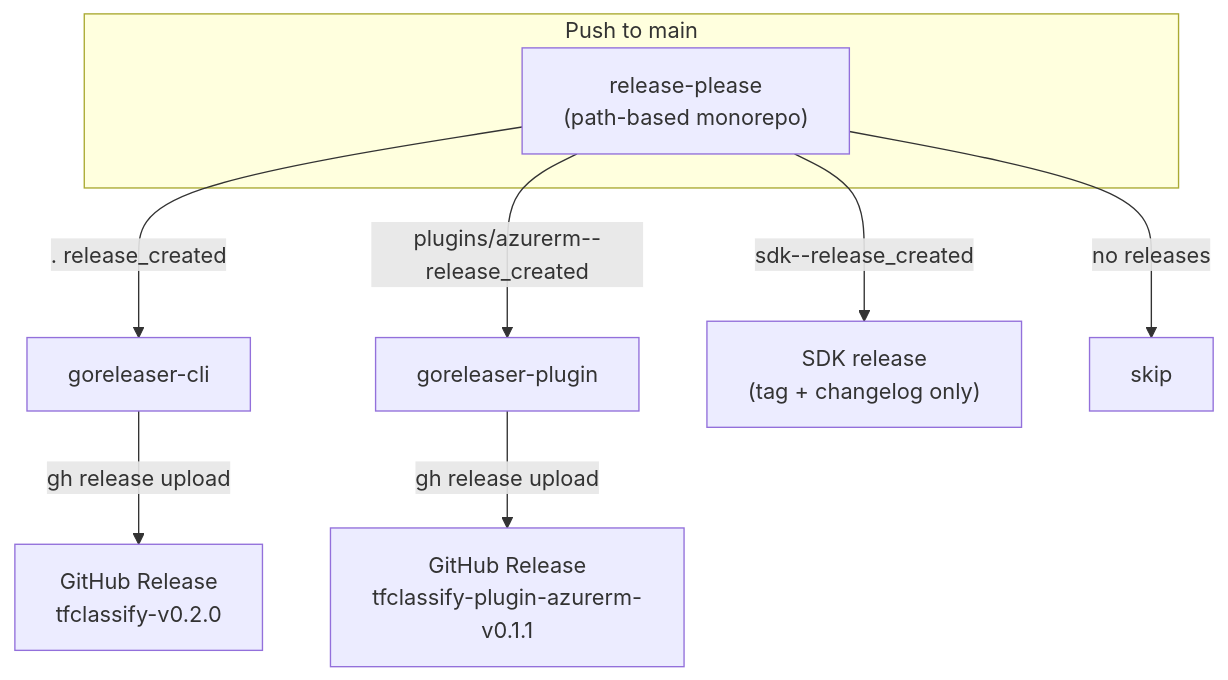
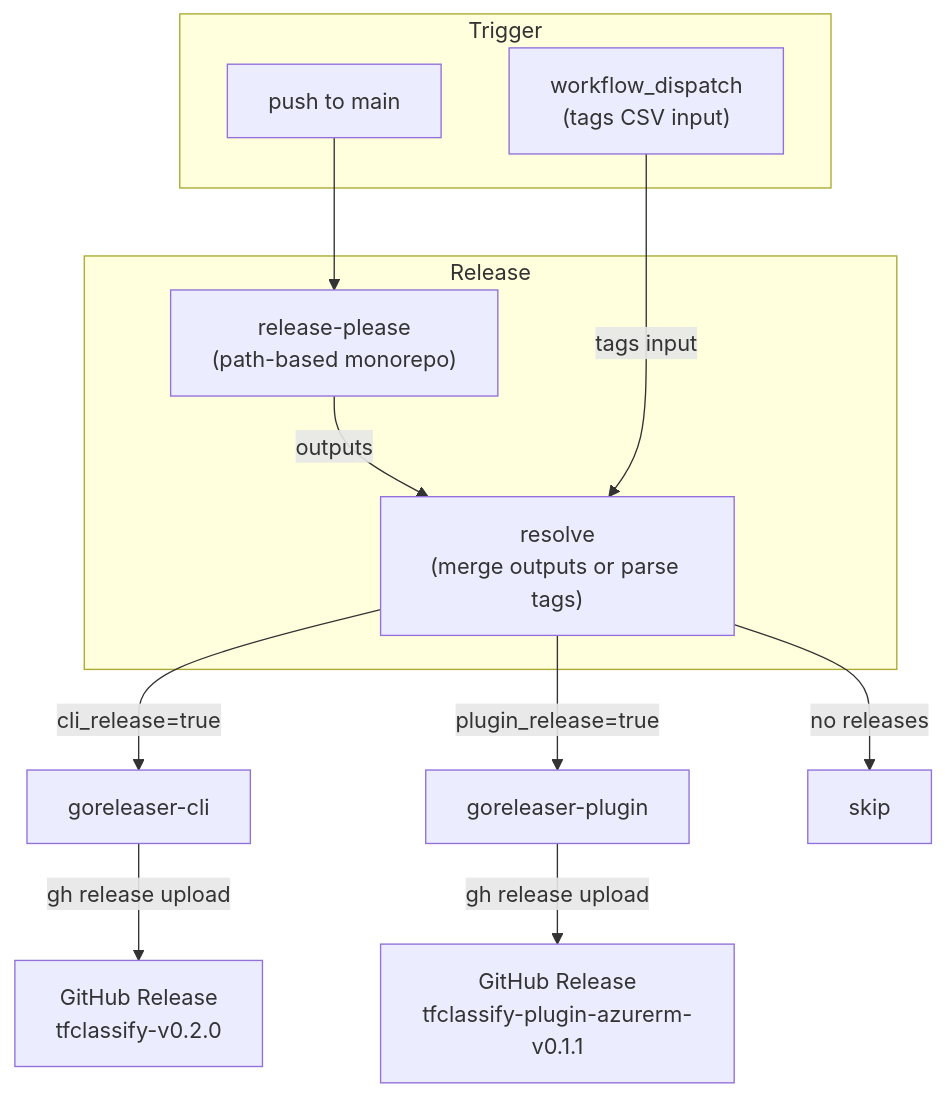
One commit to jokarl/tfclassify changed the third of 5 diagrams in docs/cr/CR-0020-github-actions-ci-cd-workflows.md. Above: the diagram before and after it, drawn with Mermaid. The commit also changed other lines of this file and 1 other file, not shown here.

First line of the commit message:
checkpoint(CR-0020): Add workflow_dispatch recovery to release workflow

````diff
--- a/docs/cr/CR-0020-github-actions-ci-cd-workflows.md
+++ b/docs/cr/CR-0020-github-actions-ci-cd-workflows.md
@@ -96,14 +96,23 @@
 ```mermaid
 flowchart TD
-    subgraph Release["Push to main"]
-        RP["release-please<br/>(path-based monorepo)"]
+    subgraph Trigger["Trigger"]
+        PUSH["push to main"]
+        DISPATCH["workflow_dispatch<br/>(tags CSV input)"]
     end
 
-    RP -->|".  release_created"| GR_CLI["goreleaser-cli"]
-    RP -->|"plugins/azurerm--release_created"| GR_PLUGIN["goreleaser-plugin"]
-    RP -->|"sdk--release_created"| SDK_DONE["SDK release<br/>(tag + changelog only)"]
-    RP -->|"no releases"| SKIP["skip"]
+    subgraph Release["Release"]
+        RP["release-please<br/>(path-based monorepo)"]
+        RESOLVE["resolve<br/>(merge outputs or parse tags)"]
+    end
+
+    PUSH --> RP
+    RP -->|"outputs"| RESOLVE
+    DISPATCH -->|"tags input"| RESOLVE
+
+    RESOLVE -->|"cli_release=true"| GR_CLI["goreleaser-cli"]
+    RESOLVE -->|"plugin_release=true"| GR_PLUGIN["goreleaser-plugin"]
+    RESOLVE -->|"no releases"| SKIP["skip"]
 
     GR_CLI -->|"gh release upload"| REL_CLI["GitHub Release<br/>tfclassify-v0.2.0"]
     GR_PLUGIN -->|"gh release upload"| REL_PLUGIN["GitHub Release<br/>tfclassify-plugin-azurerm-v0.1.1"]
 ```
````
